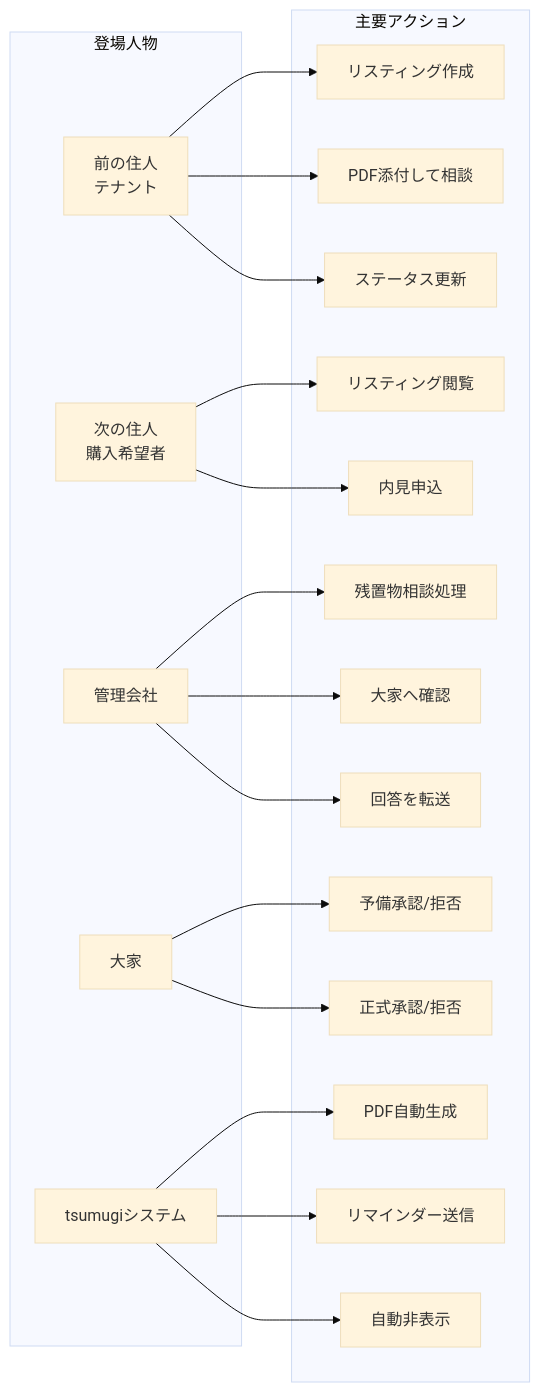
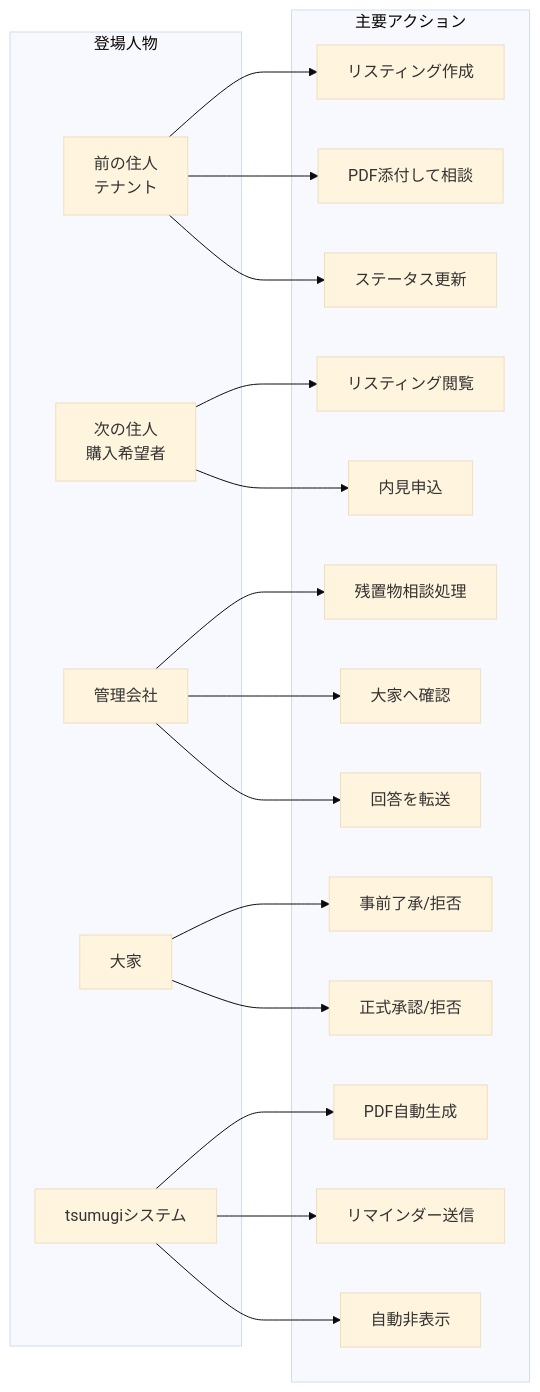
One commit to kokiebisu/sumitsugi changed the fourth of 4 diagrams in docs/plans/approval-flow-diagram.md. Above: the diagram before and after it, drawn with Mermaid (base theme). The commit also changed other lines of this file and 1 other file, not shown here.

````diff
--- a/docs/plans/approval-flow-diagram.md
+++ b/docs/plans/approval-flow-diagram.md
@@ -142,30 +142,30 @@
 ```mermaid
 graph LR
     subgraph Actors[登場人物]
         Tenant[前の住人<br/>テナント]
         Buyer[次の住人<br/>購入希望者]
         Mgmt[管理会社]
         Landlord[大家]
         System[tsumugiシステム]
     end
 
     subgraph Actions[主要アクション]
         Tenant --> A1[リスティング作成]
         Tenant --> A2[PDF添付して相談]
         Tenant --> A3[ステータス更新]
 
         Buyer --> B1[リスティング閲覧]
         Buyer --> B2[内見申込]
 
         Mgmt --> M1[残置物相談処理]
         Mgmt --> M2[大家へ確認]
         Mgmt --> M3[回答を転送]
 
-        Landlord --> L1[予備承認/拒否]
+        Landlord --> L1[事前了承/拒否]
         Landlord --> L2[正式承認/拒否]
 
         System --> S1[PDF自動生成]
         System --> S2[リマインダー送信]
         System --> S3[自動非表示]
     end
 ```
````
